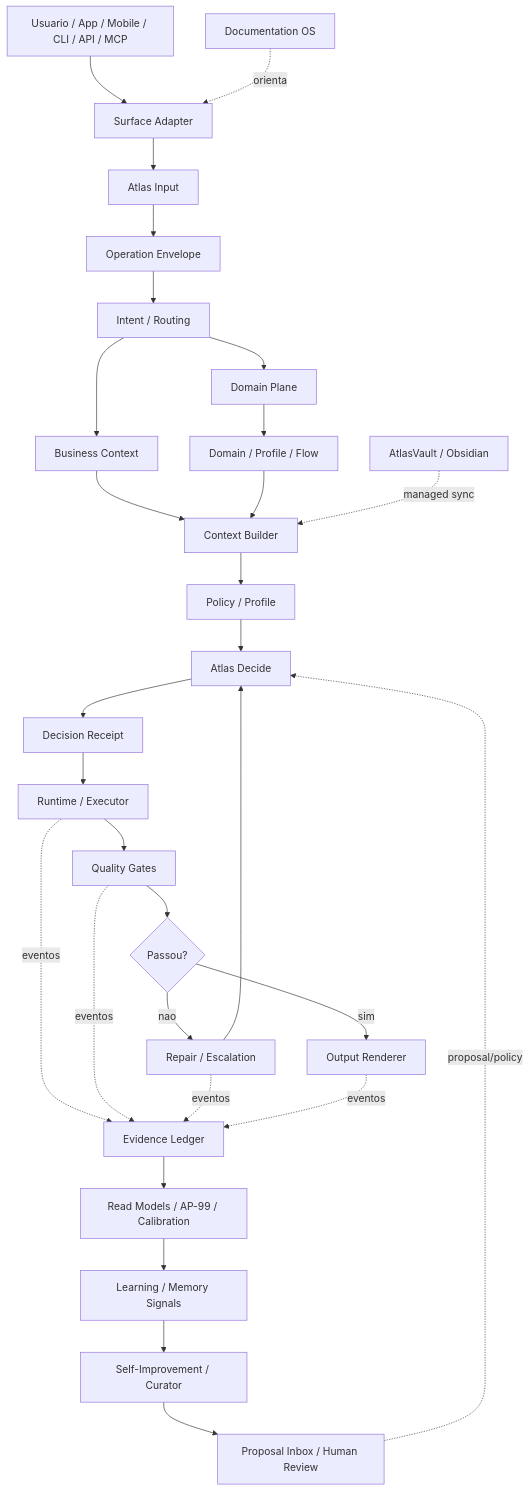
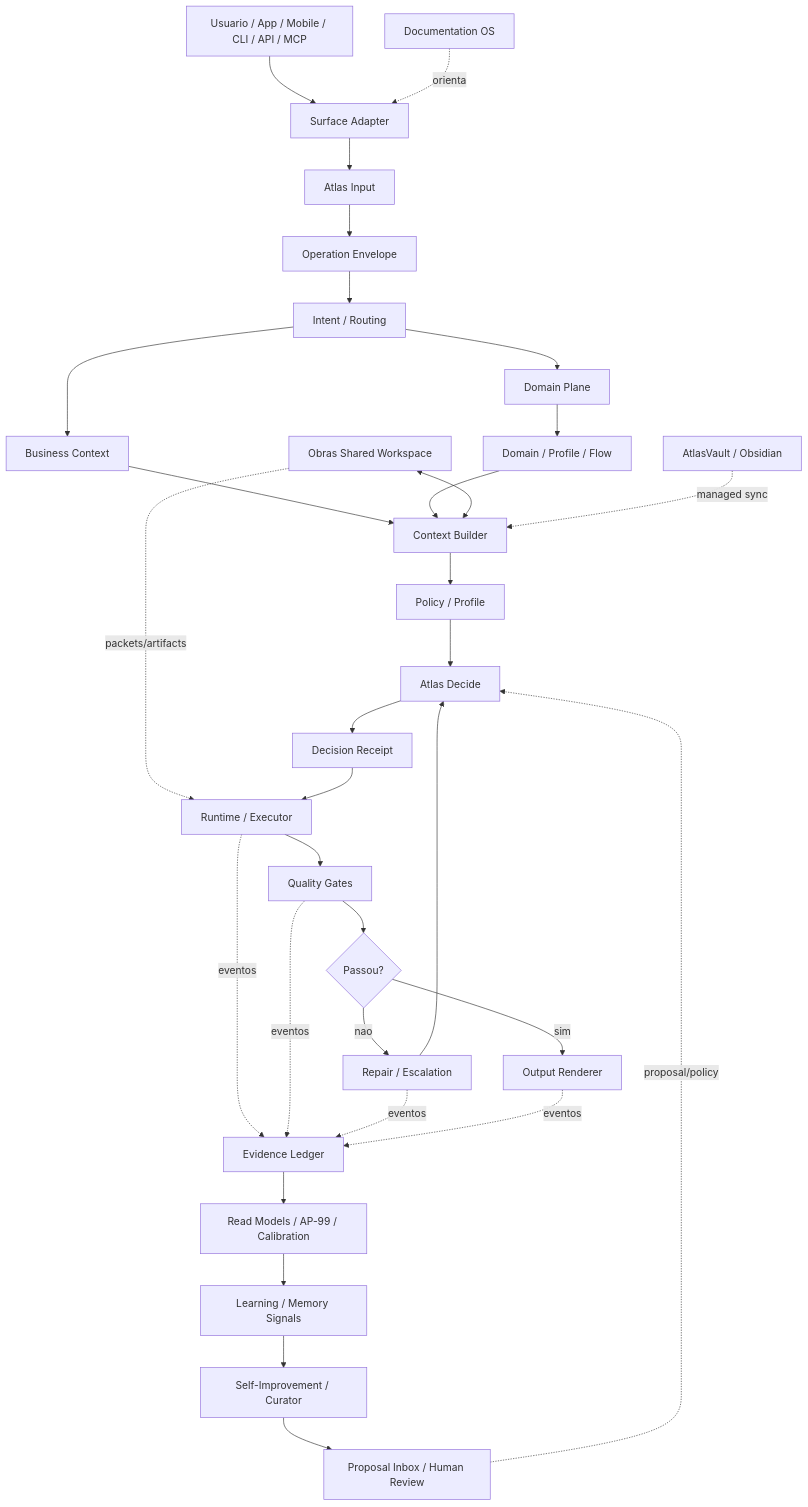
The diagram in docs/engineering-knowledge-base/atlas-ai-flow-visual-map.md (Vitorepf/atlas-server), drawn with Mermaid before and after one commit. The commit also changed other lines of this file and 82 other files, not shown here.

````diff
--- a/docs/engineering-knowledge-base/atlas-ai-flow-visual-map.md
+++ b/docs/engineering-knowledge-base/atlas-ai-flow-visual-map.md
@@ -219,32 +214,34 @@
 ```mermaid
 flowchart TD
     U["Usuario / App / Mobile / CLI / API / MCP"] --> S["Surface Adapter"]
     S --> I["Atlas Input"]
     I --> E["Operation Envelope"]
     E --> R["Intent / Routing"]
     R --> BC["Business Context"]
     R --> D["Domain Plane"]
     BC --> Ctx
     D --> PF["Domain / Profile / Flow"]
     PF --> Ctx["Context Builder"]
     Ctx --> P["Policy / Profile"]
+    OSW["Obras Shared Workspace"] <--> Ctx
+    OSW -. packets/artifacts .-> X
     P --> AD["Atlas Decide"]
     AD --> DR["Decision Receipt"]
     DR --> X["Runtime / Executor"]
     X --> G["Quality Gates"]
     G --> Q{"Passou?"}
     Q -- "sim" --> O["Output Renderer"]
     Q -- "nao" --> RP["Repair / Escalation"]
     RP --> AD
     X -. eventos .-> EL["Evidence Ledger"]
     G -. eventos .-> EL
     RP -. eventos .-> EL
     O -. eventos .-> EL
     EL --> RM["Read Models / AP-99 / Calibration"]
     RM --> L["Learning / Memory Signals"]
     L --> SI["Self-Improvement / Curator"]
     SI --> PI["Proposal Inbox / Human Review"]
     PI -. proposal/policy .-> AD
     V["AtlasVault / Obsidian"] -. managed sync .-> Ctx
     CDoc["Documentation OS"] -. orienta .-> S
 ```
````
